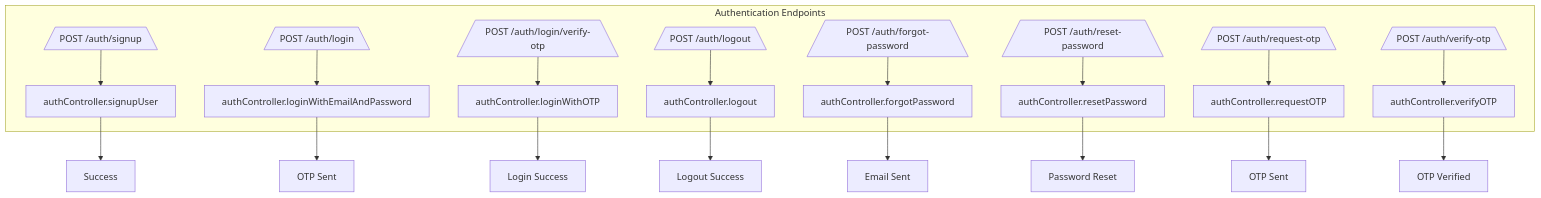
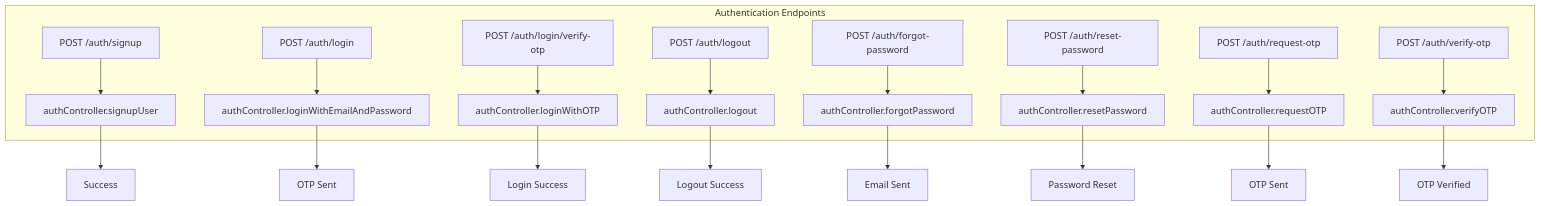
One commit to Sarwarhridoy4/modular-mvc-express-auth-boilerplate changed the diagram in docs/auth.md. Above: the diagram before and after it, drawn with Mermaid. The commit also changed other lines of this file and 6 other files, not shown here.

````diff
--- a/docs/auth.md
+++ b/docs/auth.md
@@ -437,22 +444,22 @@
 ```mermaid
 graph TD
     subgraph Authentication Endpoints
-        signup[/POST /auth/signup\] --> signupCtrl[authController.signupUser]
-        login[/POST /auth/login\] --> loginCtrl[authController.loginWithEmailAndPassword]
-        verifyOtp[/POST /auth/login/verify-otp\] --> verifyOtpCtrl[authController.loginWithOTP]
-        logout[/POST /auth/logout\] --> logoutCtrl[authController.logout]
-        forgotPassword[/POST /auth/forgot-password\] --> forgotPasswordCtrl[authController.forgotPassword]
-        resetPassword[/POST /auth/reset-password\] --> resetPasswordCtrl[authController.resetPassword]
-        requestOtp[/POST /auth/request-otp\] --> requestOtpCtrl[authController.requestOTP]
-        generalVerifyOtp[/POST /auth/verify-otp\] --> generalVerifyOtpCtrl[authController.verifyOTP]
+        signup["POST /auth/signup"] --> signupCtrl[authController.signupUser]
+        login["POST /auth/login"] --> loginCtrl[authController.loginWithEmailAndPassword]
+        verifyOtp["POST /auth/login/verify-otp"] --> verifyOtpCtrl[authController.loginWithOTP]
+        logout["POST /auth/logout"] --> logoutCtrl[authController.logout]
+        forgotPassword["POST /auth/forgot-password"] --> forgotPasswordCtrl[authController.forgotPassword]
+        resetPassword["POST /auth/reset-password"] --> resetPasswordCtrl[authController.resetPassword]
+        requestOtp["POST /auth/request-otp"] --> requestOtpCtrl[authController.requestOTP]
+        generalVerifyOtp["POST /auth/verify-otp"] --> generalVerifyOtpCtrl[authController.verifyOTP]
     end
 
     signupCtrl --> success[Success]
     loginCtrl --> otpSent[OTP Sent]
     verifyOtpCtrl --> loginSuccess[Login Success]
     logoutCtrl --> logoutSuccess[Logout Success]
     forgotPasswordCtrl --> emailSent[Email Sent]
     resetPasswordCtrl --> passwordReset[Password Reset]
     requestOtpCtrl --> otpSentAgain[OTP Sent]
     generalVerifyOtpCtrl --> otpVerified[OTP Verified]
 ```
````
